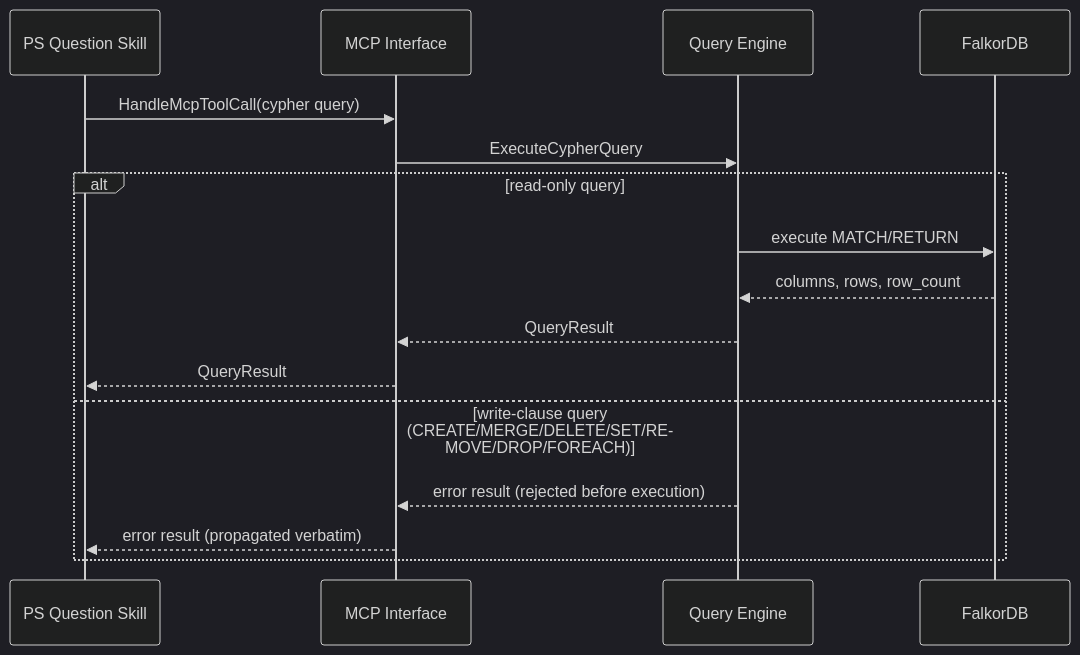
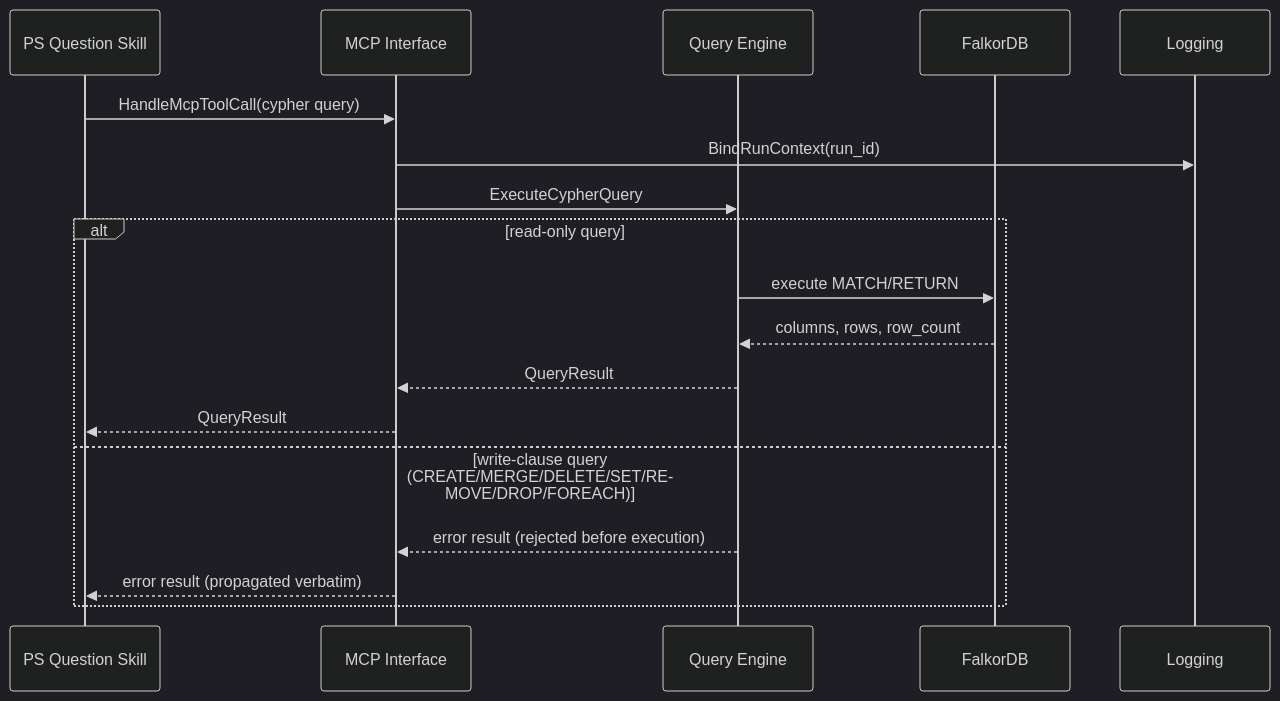
The third of 3 diagrams in docs/architecture/ps-service-container-architecture.md (mindovermachine-dev/policy-system), drawn with Mermaid (dark theme) before and after one commit. The commit also changed other lines of this file and 6 other files, not shown here.

````diff
--- a/docs/architecture/ps-service-container-architecture.md
+++ b/docs/architecture/ps-service-container-architecture.md
@@ -477,20 +532,22 @@
 ```mermaid
 sequenceDiagram
     participant Skill as PS Question Skill
     participant MCP as MCP Interface
     participant QE as Query Engine
     participant DB as FalkorDB
+    participant Logging
 
     Skill->>MCP: HandleMcpToolCall(cypher query)
+    MCP->>Logging: BindRunContext(run_id)
     MCP->>QE: ExecuteCypherQuery
 
     alt read-only query
         QE->>DB: execute MATCH/RETURN
         DB-->>QE: columns, rows, row_count
         QE-->>MCP: QueryResult
         MCP-->>Skill: QueryResult
     else write-clause query (CREATE/MERGE/DELETE/SET/REMOVE/DROP/FOREACH)
         QE-->>MCP: error result (rejected before execution)
         MCP-->>Skill: error result (propagated verbatim)
     end
 ```
````
